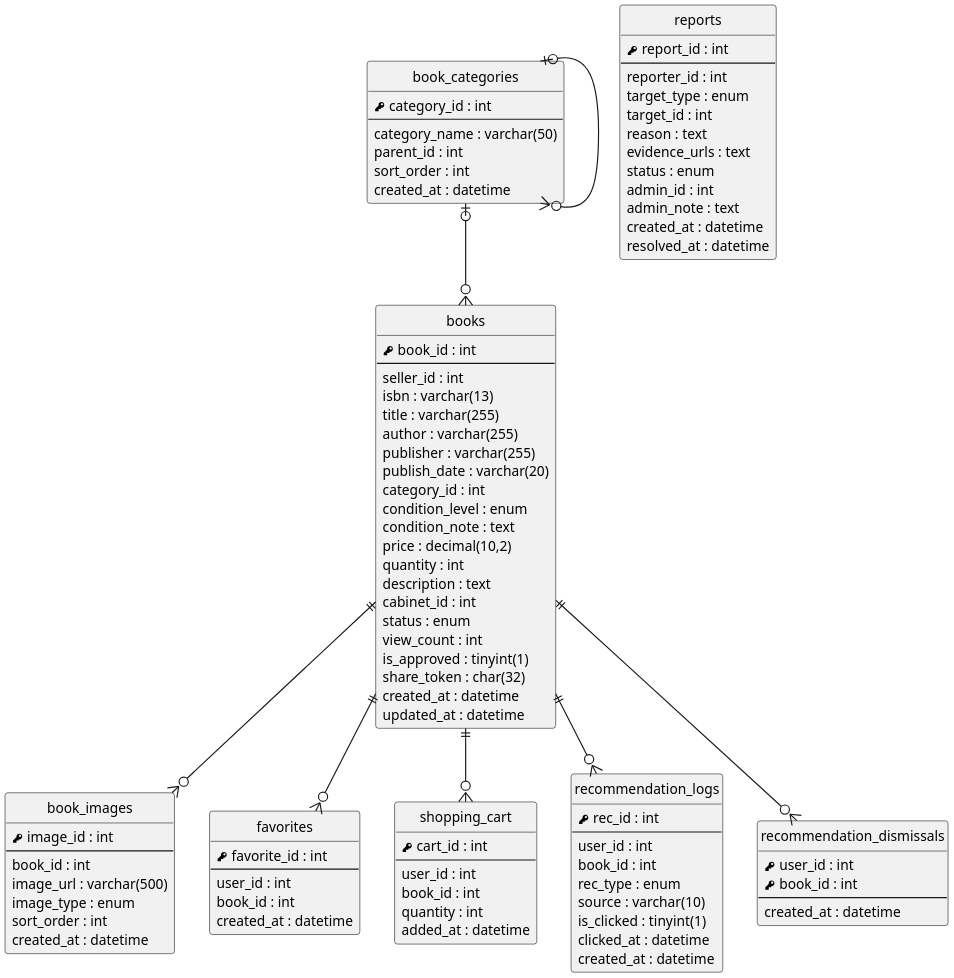
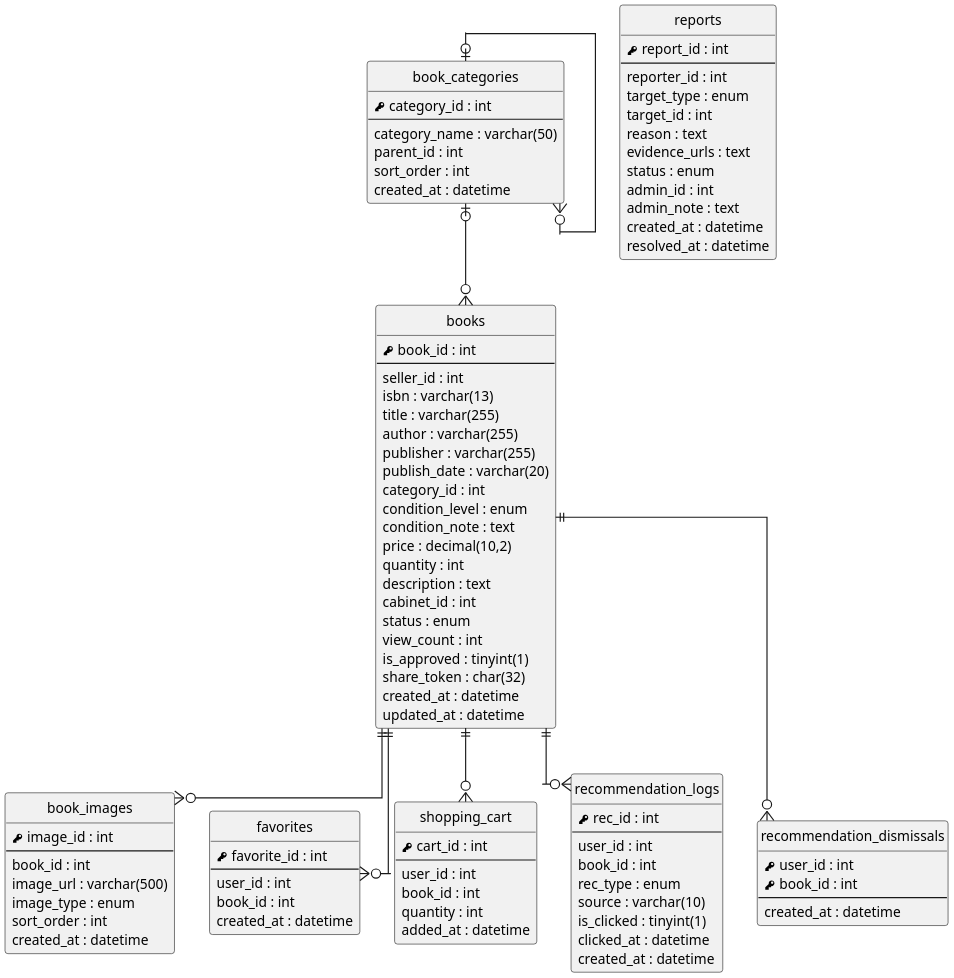
One commit to SaveMyBook/SaveMyBook changed the diagram in documents/系統手冊/產生工具/aidiag/er/er_books.puml. Above: the diagram before and after it, drawn with PlantUML. The commit also changed 53 other files, not shown here.

```diff
--- a/documents/系統手冊/產生工具/aidiag/er/er_books.puml
+++ b/documents/系統手冊/產生工具/aidiag/er/er_books.puml
@@ -1,106 +1,107 @@
 @startuml
+' 以 render_er.py 產生 PNG：直接用 PlantUML 輸出時，正交走線在轉角會多出殘段、線端符號會擠在轉角上
 skinparam monochrome true
 skinparam shadowing false
 skinparam dpi 220
 skinparam defaultFontName "PingFang TC"
 skinparam defaultFontSize 12
-skinparam linetype polyline
+skinparam linetype ortho
 skinparam nodesep 30
 skinparam ranksep 40
 hide circle
 hide empty methods
 
 entity "books" as books {
   {field} <&key> book_id : int
   --
   {field} seller_id : int
   {field} isbn : varchar(13)
   {field} title : varchar(255)
   {field} author : varchar(255)
   {field} publisher : varchar(255)
   {field} publish_date : varchar(20)
   {field} category_id : int
   {field} condition_level : enum
   {field} condition_note : text
   {field} price : decimal(10,2)
   {field} quantity : int
   {field} description : text
   {field} cabinet_id : int
   {field} status : enum
   {field} view_count : int
   {field} is_approved : tinyint(1)
   {field} share_token : char(32)
   {field} created_at : datetime
   {field} updated_at : datetime
 }
 entity "book_categories" as book_categories {
   {field} <&key> category_id : int
   --
   {field} category_name : varchar(50)
   {field} parent_id : int
   {field} sort_order : int
   {field} created_at : datetime
 }
 entity "book_images" as book_images {
   {field} <&key> image_id : int
   --
   {field} book_id : int
   {field} image_url : varchar(500)
   {field} image_type : enum
   {field} sort_order : int
   {field} created_at : datetime
 }
 entity "favorites" as favorites {
   {field} <&key> favorite_id : int
   --
   {field} user_id : int
   {field} book_id : int
   {field} created_at : datetime
 }
 entity "shopping_cart" as shopping_cart {
   {field} <&key> cart_id : int
   --
   {field} user_id : int
   {field} book_id : int
   {field} quantity : int
   {field} added_at : datetime
 }
 entity "recommendation_logs" as recommendation_logs {
   {field} <&key> rec_id : int
   --
   {field} user_id : int
   {field} book_id : int
   {field} rec_type : enum
   {field} source : varchar(10)
   {field} is_clicked : tinyint(1)
   {field} clicked_at : datetime
   {field} created_at : datetime
 }
 entity "recommendation_dismissals" as recommendation_dismissals {
   {field} <&key> user_id : int
   {field} <&key> book_id : int
   --
   {field} created_at : datetime
 }
 entity "reports" as reports {
   {field} <&key> report_id : int
   --
   {field} reporter_id : int
   {field} target_type : enum
   {field} target_id : int
   {field} reason : text
   {field} evidence_urls : text
   {field} status : enum
   {field} admin_id : int
   {field} admin_note : text
   {field} created_at : datetime
   {field} resolved_at : datetime
 }
 book_categories |o--o{ books
 book_categories |o--o{ book_categories
 books ||--o{ book_images
 books ||--o{ favorites
 books ||--o{ shopping_cart
 books ||--o{ recommendation_logs
 books ||--o{ recommendation_dismissals
 @enduml
```
